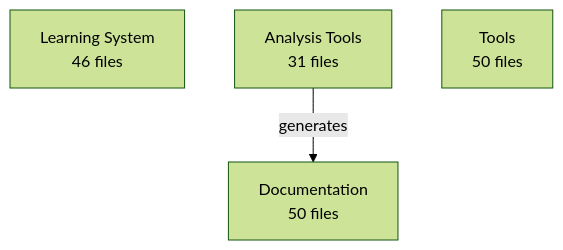
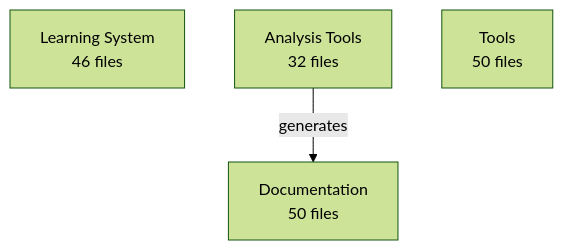
One commit to enufacas/Chained changed the diagram in docs/data/architecture/architecture.mmd. Above: the diagram before and after it, drawn with Mermaid (forest theme). The commit also changed 6 other files, not shown here.

First line of the commit message:
🏗️ Update architecture evolution tracking

```diff
--- a/docs/data/architecture/architecture.mmd
+++ b/docs/data/architecture/architecture.mmd
@@ -1,6 +1,6 @@
 graph TD
     learning_system[Learning System<br/>46 files]
-    analysis_tools[Analysis Tools<br/>31 files]
+    analysis_tools[Analysis Tools<br/>32 files]
     documentation[Documentation<br/>50 files]
     tools[Tools<br/>50 files]
     analysis_tools -->|generates| documentation
```
